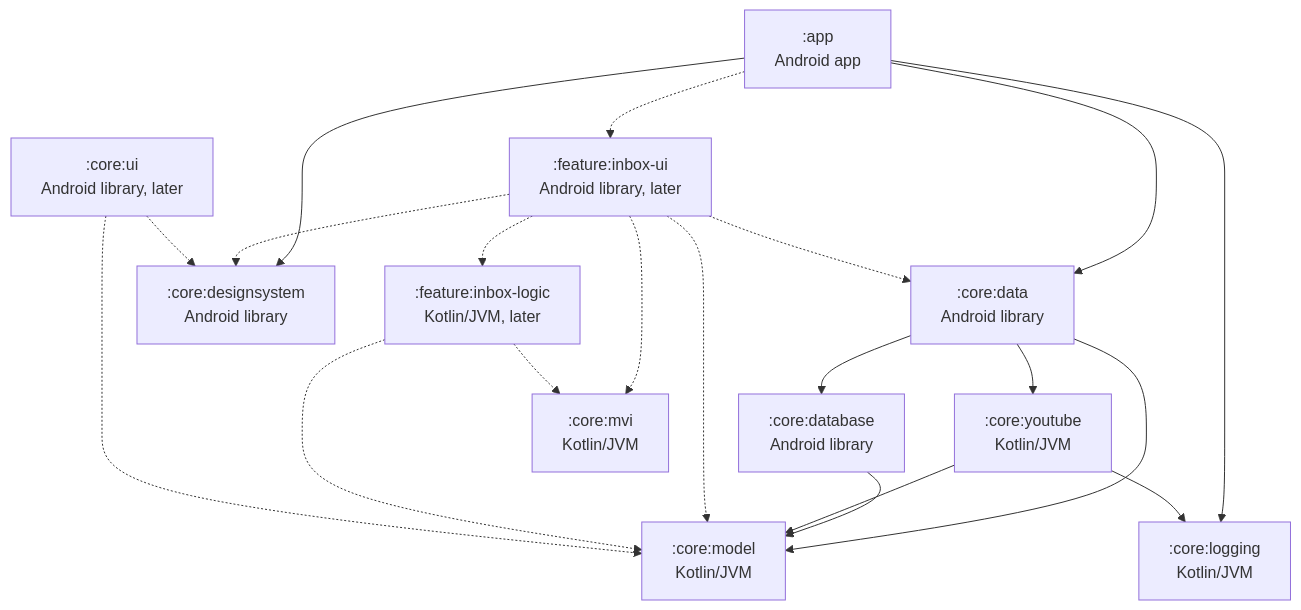
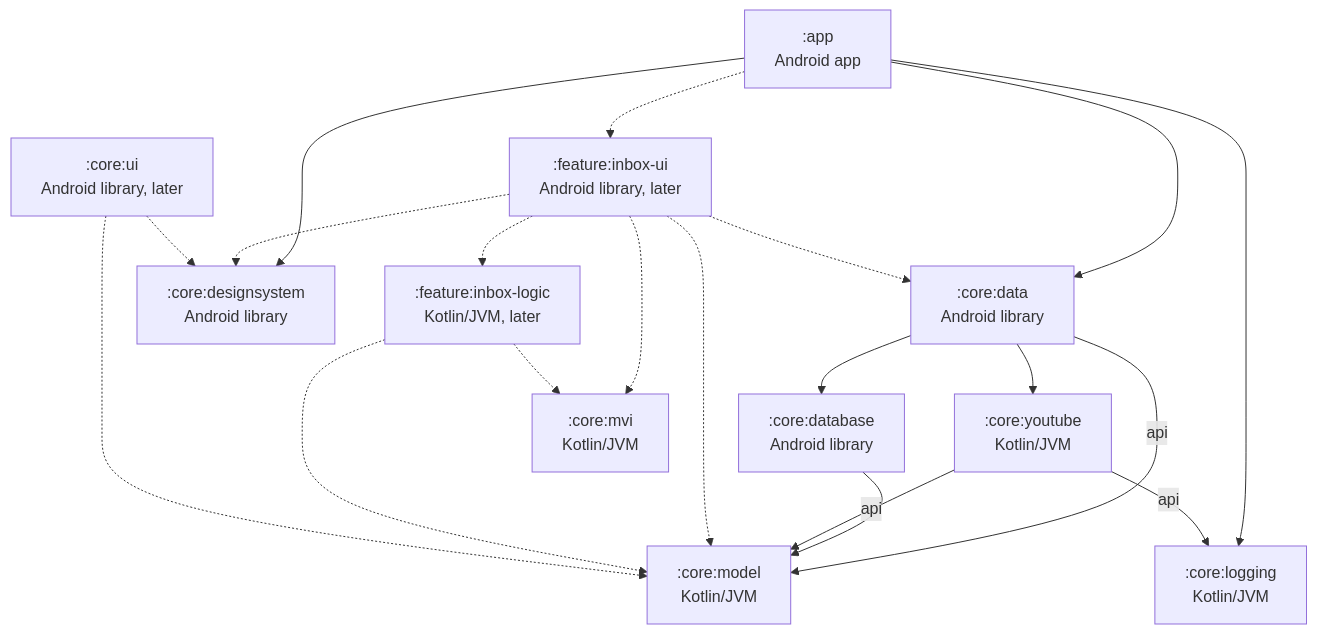
One commit to dewfallapp/dewfall changed the first of 3 diagrams in docs/architecture.md. Above: the diagram before and after it, drawn with Mermaid. The commit also changed other lines of this file, not shown here.

````diff
--- a/docs/architecture.md
+++ b/docs/architecture.md
@@ -16,35 +16,35 @@
 ```mermaid
 graph TD
     app[":app<br/>Android app"]
     data[":core:data<br/>Android library"]
     database[":core:database<br/>Android library"]
     designsystem[":core:designsystem<br/>Android library"]
     youtube[":core:youtube<br/>Kotlin/JVM"]
     logging[":core:logging<br/>Kotlin/JVM"]
     model[":core:model<br/>Kotlin/JVM"]
     mvi[":core:mvi<br/>Kotlin/JVM"]
     coreUi[":core:ui<br/>Android library, later"]
     inboxUi[":feature:inbox-ui<br/>Android library, later"]
     inboxLogic[":feature:inbox-logic<br/>Kotlin/JVM, later"]
 
     app --> data
     app --> designsystem
     app --> logging
     data --> database
     data --> youtube
-    data --> model
+    data -->|api| model
     database --> model
-    youtube --> model
-    youtube --> logging
+    youtube -->|api| model
+    youtube -->|api| logging
 
     app -.-> inboxUi
     inboxUi -.-> inboxLogic
     inboxUi -.-> data
     inboxUi -.-> designsystem
     inboxUi -.-> mvi
     inboxUi -.-> model
     inboxLogic -.-> mvi
     inboxLogic -.-> model
     coreUi -.-> designsystem
     coreUi -.-> model
 ```
````
